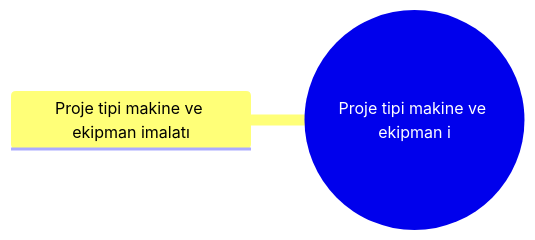
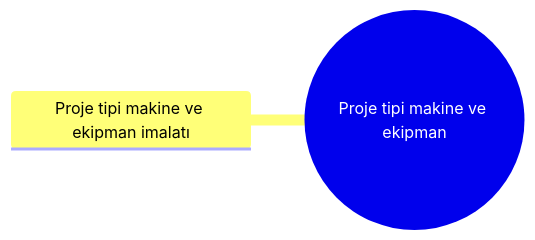
One commit to sametkarabulut-dev/xfuturepos-v2 changed the diagram in 02 İşletmeler/13 Üretim & İmalat/Proje tipi makine ve ekipman imalatı/Dal – Proje tipi makine ve ekipman imalatı.md. Above: the diagram before and after it, drawn with Mermaid. The commit also changed other lines of this file and 241 other files, not shown here.

````diff
--- a/02 İşletmeler/13 Üretim & İmalat/Proje tipi makine ve ekipman imalatı/Dal – Proje tipi makine ve ekipman imalatı.md
+++ b/02 İşletmeler/13 Üretim & İmalat/Proje tipi makine ve ekipman imalatı/Dal – Proje tipi makine ve ekipman imalatı.md
@@ -22,5 +22,5 @@
 ```mermaid
 mindmap
-  root((Proje tipi makine ve ekipman i))
+  root((Proje tipi makine ve ekipman))
     Proje tipi makine ve ekipman imalatı
 ```
````
